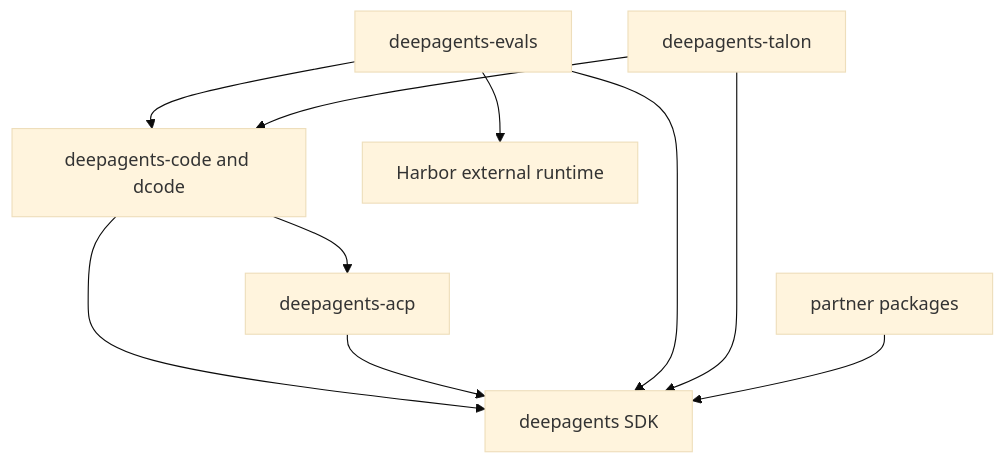
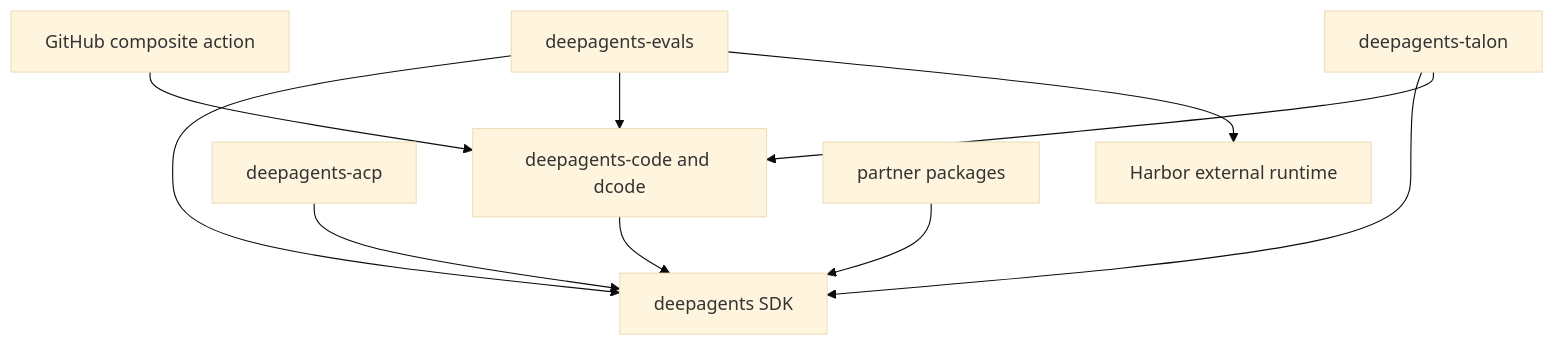
The diagram in openwiki/quickstart.md (jkennedyvz/deepagents), drawn with Mermaid (base theme) before and after one commit. The commit also changed other lines of this file and 63 other files, not shown here.

````diff
--- a/openwiki/quickstart.md
+++ b/openwiki/quickstart.md
@@ -91,12 +96,12 @@
 ```mermaid
 flowchart TD
     Code["deepagents-code and dcode"] --> SDK["deepagents SDK"]
-    Code --> ACP["deepagents-acp"]
-    ACP --> SDK
+    ACP["deepagents-acp"] --> SDK
     Evals["deepagents-evals"] --> SDK
     Evals --> Code
     Evals --> Harbor["Harbor external runtime"]
     Talon["deepagents-talon"] --> SDK
     Talon --> Code
     Partners["partner packages"] --> SDK
+    Action["GitHub composite action"] --> Code
 ```
````
